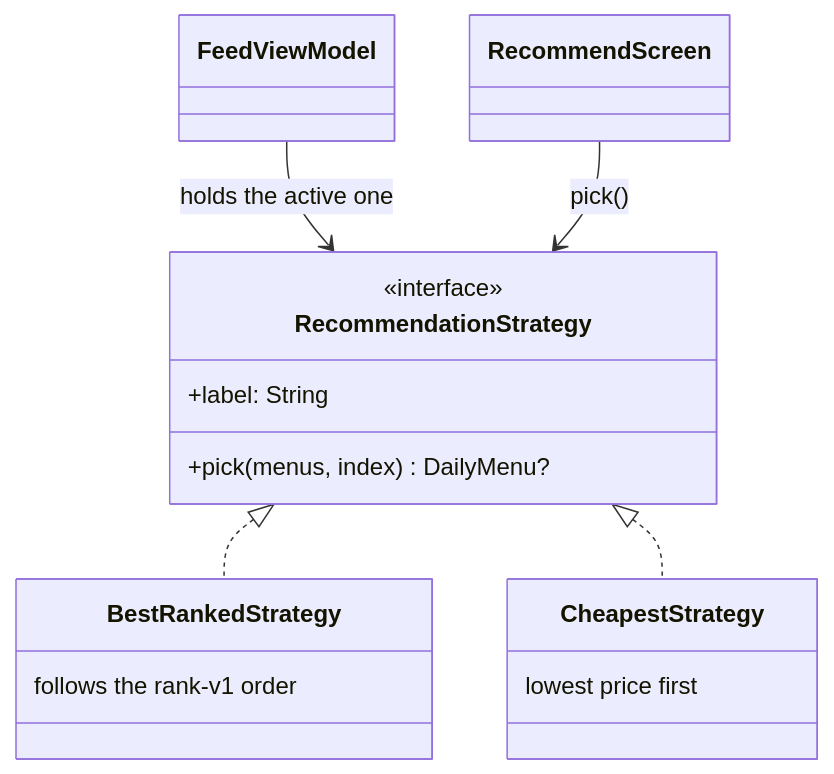
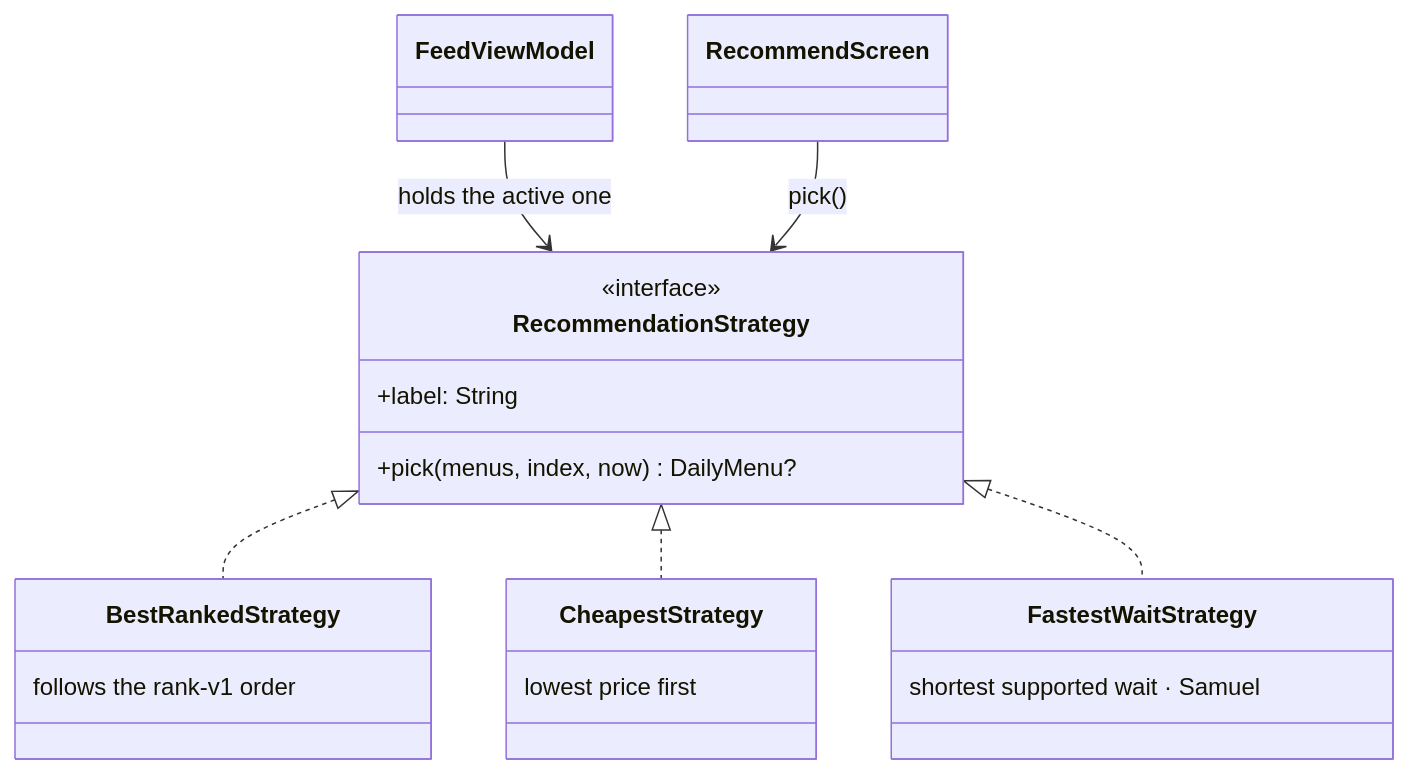
Diagram 12 of 15 in docs/sprint2-sustentacion.md (cmolina12/UniEat-Android), drawn with Mermaid before and after one commit. The commit also changed other lines of this file, not shown here.

Commit message:
Secciones de Samuel en la sustentación y resultados de tests

````diff
--- a/docs/sprint2-sustentacion.md
+++ b/docs/sprint2-sustentacion.md
@@ -266,18 +382,22 @@
 ```mermaid
 classDiagram
     class RecommendationStrategy {
         <<interface>>
         +label: String
-        +pick(menus, index) DailyMenu?
+        +pick(menus, index, now) DailyMenu?
     }
     class BestRankedStrategy {
         follows the rank-v1 order
     }
     class CheapestStrategy {
         lowest price first
     }
+    class FastestWaitStrategy {
+        shortest supported wait · Samuel
+    }
     RecommendationStrategy <|.. BestRankedStrategy
     RecommendationStrategy <|.. CheapestStrategy
+    RecommendationStrategy <|.. FastestWaitStrategy
     FeedViewModel --> RecommendationStrategy : holds the active one
     RecommendScreen --> RecommendationStrategy : pick()
 ```
````
